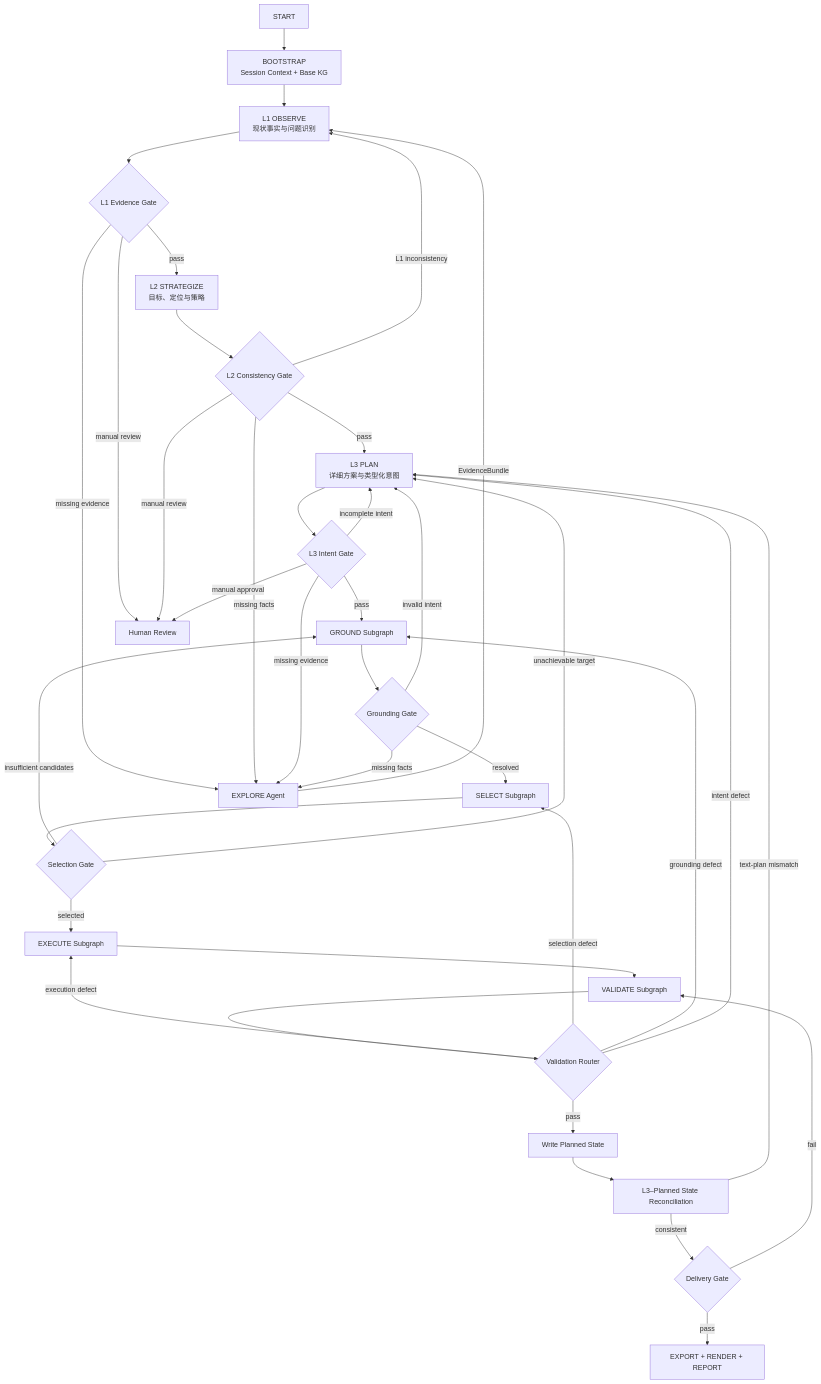
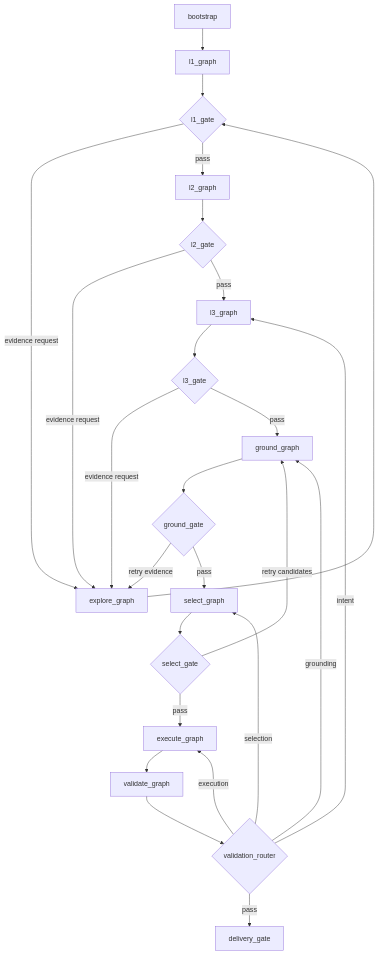
Before and after one commit to hanyi690/Village_Planning_Agent: the diagram in docs/architecture/agent-graph.md, drawn with Mermaid. The commit also changed other lines of this file and 20 other files, not shown here.

Commit message:
refactor(agent): remove dead code (gis_context, message_builder; defer tools/gis/parse to Task 9)

````diff
--- a/docs/architecture/agent-graph.md
+++ b/docs/architecture/agent-graph.md
@@ -262,65 +22,27 @@
 ```mermaid
 flowchart TD
-    Start["START"]
-    Bootstrap["BOOTSTRAP<br/>Session Context + Base KG"]
-    L1["L1 OBSERVE<br/>现状事实与问题识别"]
-    G1{"L1 Evidence Gate"}
-    L2["L2 STRATEGIZE<br/>目标、定位与策略"]
-    G2{"L2 Consistency Gate"}
-    L3["L3 PLAN<br/>详细方案与类型化意图"]
-    G3{"L3 Intent Gate"}
-    Ground["GROUND Subgraph"]
-    GG{"Grounding Gate"}
-    Select["SELECT Subgraph"]
-    SG{"Selection Gate"}
-    Execute["EXECUTE Subgraph"]
-    Validate["VALIDATE Subgraph"]
-    VG{"Validation Router"}
-    PlanState["Write Planned State"]
-    Reconcile["L3–Planned State Reconciliation"]
-    Delivery{"Delivery Gate"}
-    Output["EXPORT + RENDER + REPORT"]
-    Explore["EXPLORE Agent"]
-    Human["Human Review"]
-
-    Start --> Bootstrap --> L1 --> G1
-    G1 -->|pass| L2
-    G1 -->|missing evidence| Explore
-    Explore -->|EvidenceBundle| L1
-    G1 -->|manual review| Human
-
-    L2 --> G2
-    G2 -->|pass| L3
-    G2 -->|missing facts| Explore
-    G2 -->|L1 inconsistency| L1
-    G2 -->|manual review| Human
-
-    L3 --> G3
-    G3 -->|pass| Ground
-    G3 -->|incomplete intent| L3
-    G3 -->|missing evidence| Explore
-    G3 -->|manual approval| Human
-
-    Ground --> GG
-    GG -->|resolved| Select
-    GG -->|missing facts| Explore
-    GG -->|invalid intent| L3
-
-    Select --> SG
-    SG -->|selected| Execute
-    SG -->|insufficient candidates| Ground
-    SG -->|unachievable target| L3
-
-    Execute --> Validate --> VG
-    VG -->|execution defect| Execute
-    VG -->|selection defect| Select
-    VG -->|grounding defect| Ground
-    VG -->|intent defect| L3
-    VG -->|pass| PlanState
-
-    PlanState --> Reconcile
-    Reconcile -->|consistent| Delivery
-    Reconcile -->|text-plan mismatch| L3
-    Delivery -->|pass| Output
-    Delivery -->|fail| Validate
+    Bootstrap["bootstrap"] --> L1["l1_graph"]
+    L1 --> L1Gate{"l1_gate"}
+    L1Gate -->|evidence request| Explore["explore_graph"]
+    Explore --> L1Gate
+    L1Gate -->|pass| L2["l2_graph"]
+    L2 --> L2Gate{"l2_gate"}
+    L2Gate -->|evidence request| Explore
+    L2Gate -->|pass| L3["l3_graph"]
+    L3 --> L3Gate{"l3_gate"}
+    L3Gate -->|evidence request| Explore
+    L3Gate -->|pass| Ground["ground_graph"]
+    Ground --> GroundGate{"ground_gate"}
+    GroundGate -->|retry evidence| Explore
+    GroundGate -->|pass| Select["select_graph"]
+    Select --> SelectGate{"select_gate"}
+    SelectGate -->|retry candidates| Ground
+    SelectGate -->|pass| Execute["execute_graph"]
+    Execute --> Validate["validate_graph"]
+    Validate --> Router{"validation_router"}
+    Router -->|intent| L3
+    Router -->|grounding| Ground
+    Router -->|selection| Select
+    Router -->|execution| Execute
+    Router -->|pass| Delivery["delivery_gate"]
 ```
````
